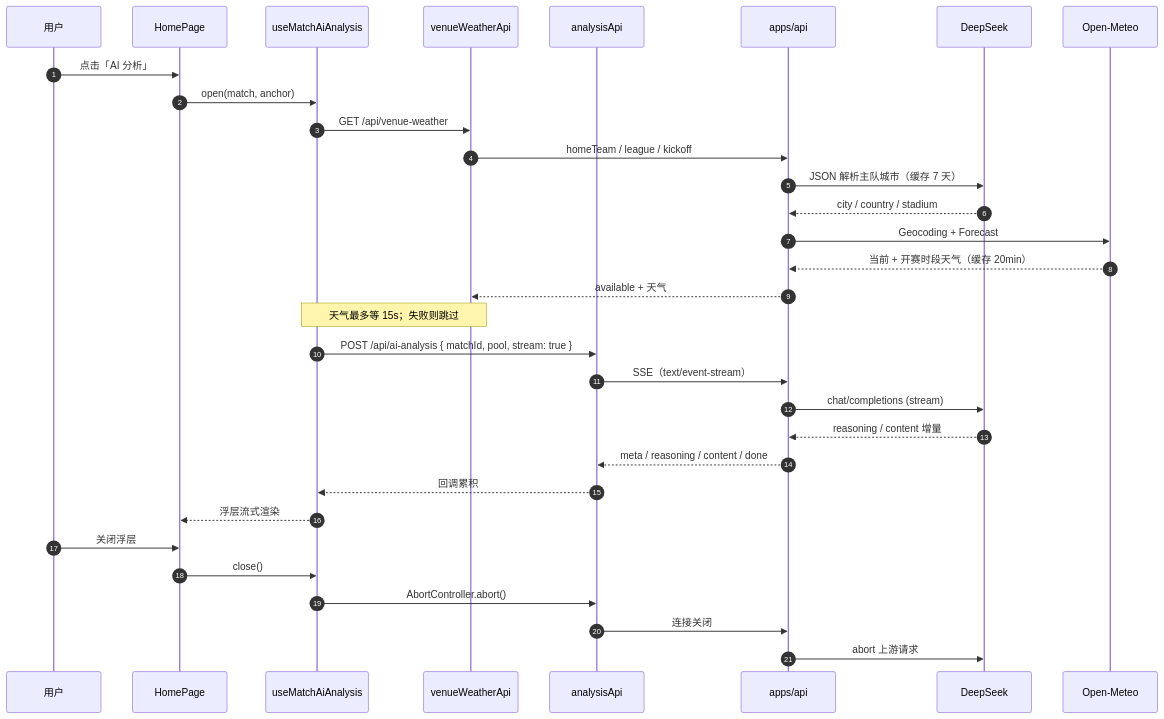
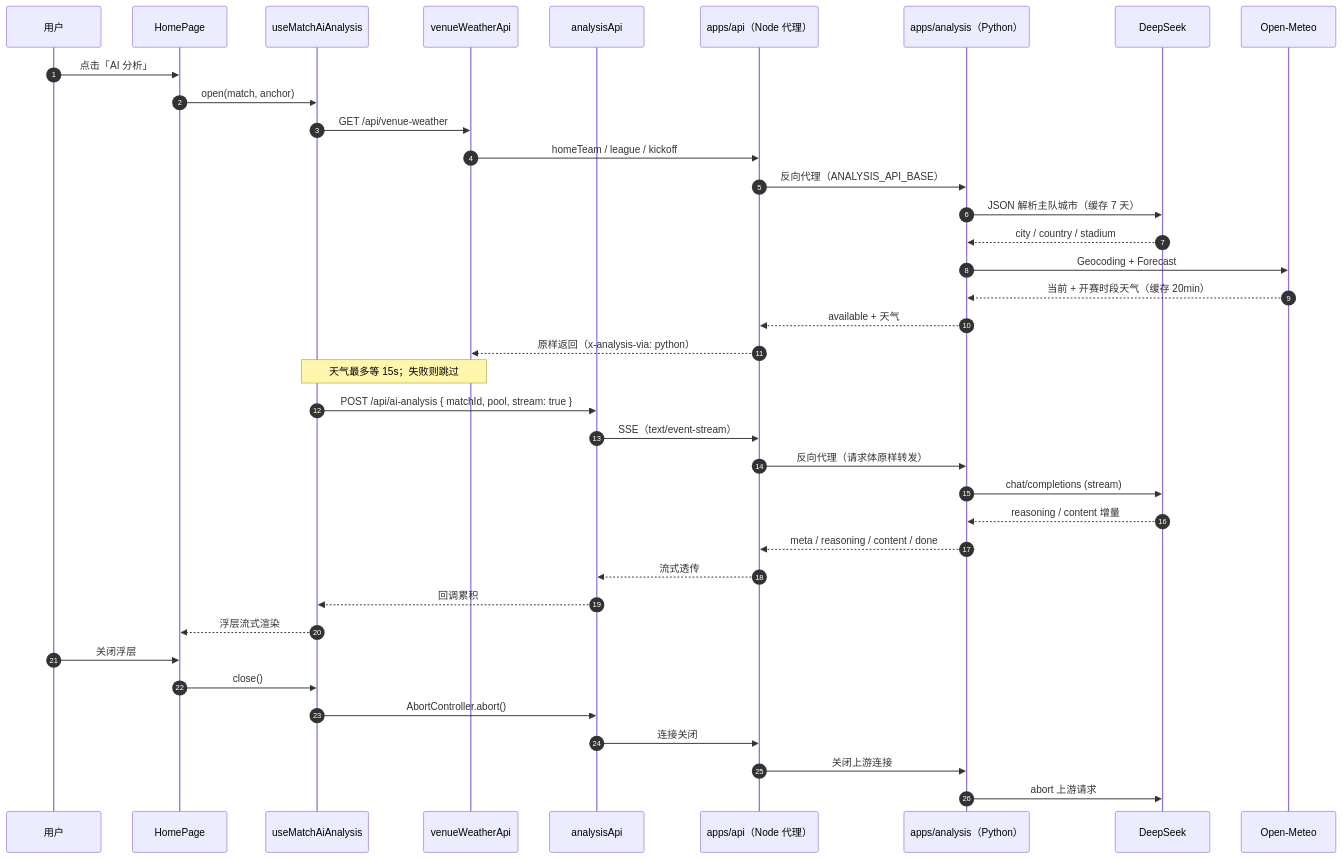
One commit to yJ2018/ticai changed the seventh of 13 diagrams in docs/architecture.md. Above: the diagram before and after it, drawn with Mermaid. The commit also changed other lines of this file and 5 other files, not shown here.

````diff
--- a/docs/architecture.md
+++ b/docs/architecture.md
@@ -640,35 +671,41 @@
 ```mermaid
 sequenceDiagram
   autonumber
   participant U as 用户
   participant HP as HomePage
   participant AI as useMatchAiAnalysis
   participant VW as venueWeatherApi
   participant CH as analysisApi
-  participant API as apps/api
+  participant API as apps/api（Node 代理）
+  participant PY as apps/analysis（Python）
   participant DS as DeepSeek
   participant OM as Open-Meteo
 
   U->>HP: 点击「AI 分析」
   HP->>AI: open(match, anchor)
   AI->>VW: GET /api/venue-weather
   VW->>API: homeTeam / league / kickoff
-  API->>DS: JSON 解析主队城市（缓存 7 天）
-  DS-->>API: city / country / stadium
-  API->>OM: Geocoding + Forecast
-  OM-->>API: 当前 + 开赛时段天气（缓存 20min）
-  API-->>VW: available + 天气
+  API->>PY: 反向代理（ANALYSIS_API_BASE）
+  PY->>DS: JSON 解析主队城市（缓存 7 天）
+  DS-->>PY: city / country / stadium
+  PY->>OM: Geocoding + Forecast
+  OM-->>PY: 当前 + 开赛时段天气（缓存 20min）
+  PY-->>API: available + 天气
+  API-->>VW: 原样返回（x-analysis-via: python）
   Note over AI,VW: 天气最多等 15s；失败则跳过
   AI->>CH: POST /api/ai-analysis { matchId, pool, stream: true }
   CH->>API: SSE（text/event-stream）
-  API->>DS: chat/completions (stream)
-  DS-->>API: reasoning / content 增量
-  API-->>CH: meta / reasoning / content / done
+  API->>PY: 反向代理（请求体原样转发）
+  PY->>DS: chat/completions (stream)
+  DS-->>PY: reasoning / content 增量
+  PY-->>API: meta / reasoning / content / done
+  API-->>CH: 流式透传
   CH-->>AI: 回调累积
   AI-->>HP: 浮层流式渲染
   U->>HP: 关闭浮层
   HP->>AI: close()
   AI->>CH: AbortController.abort()
   CH->>API: 连接关闭
-  API->>DS: abort 上游请求
+  API->>PY: 关闭上游连接
+  PY->>DS: abort 上游请求
 ```
````
